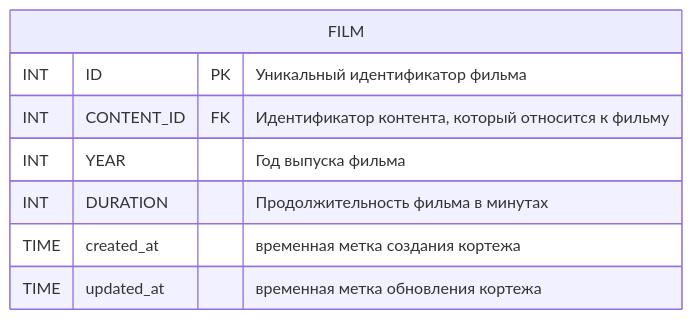
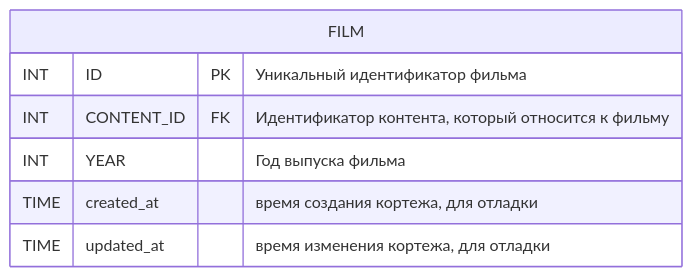
The eighth of 25 diagrams in db/normalized/relations.md (go-park-mail-ru/2024_1_Cyberkotletki), drawn with Mermaid before and after one commit. The commit also changed other lines of this file and 2 other files, not shown here.

````diff
--- a/db/normalized/relations.md
+++ b/db/normalized/relations.md
@@ -152,11 +209,10 @@
 ```mermaid
 erDiagram
     FILM {
         INT ID PK "Уникальный идентификатор фильма"
         INT CONTENT_ID FK "Идентификатор контента, который относится к фильму"
         INT YEAR "Год выпуска фильма"
-        INT DURATION "Продолжительность фильма в минутах"
-        TIME created_at "временная метка создания кортежа"
-        TIME updated_at "временная метка обновления кортежа"
+        TIME created_at "время создания кортежа, для отладки"
+        TIME updated_at "время изменения кортежа, для отладки"
     }
 ```
````
